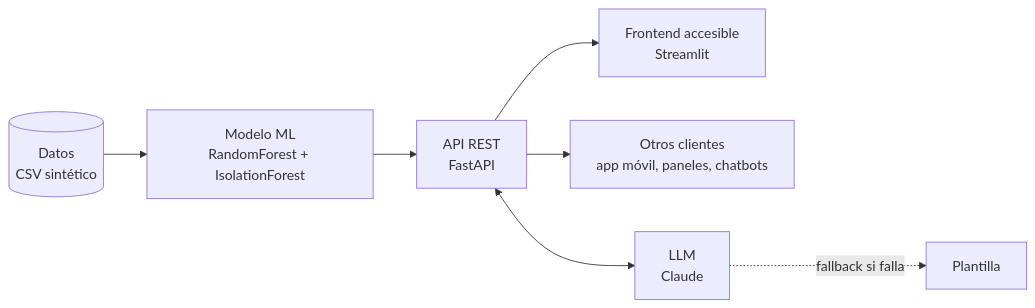
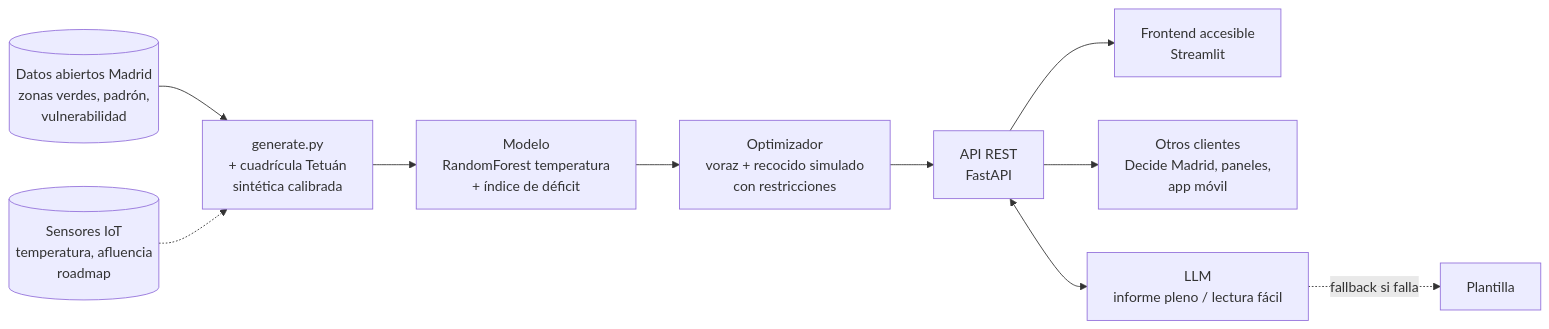
The diagram in README.md (villanuevadrian/parques-bolsillo-madrid), drawn with Mermaid before and after one commit. The commit also changed other lines of this file, not shown here.

Commit message:
README: diagrama, datos reales y métricas

````diff
--- a/README.md
+++ b/README.md
@@ -16,9 +17,12 @@
 ```mermaid
 flowchart LR
-    D[(Datos<br/>CSV sintético)] --> M[Modelo ML<br/>RandomForest + IsolationForest]
-    M --> A[API REST<br/>FastAPI]
+    R[(Datos abiertos Madrid<br/>zonas verdes, padrón,<br/>vulnerabilidad)] --> G[generate.py<br/>+ cuadrícula Tetuán<br/>sintética calibrada]
+    I[(Sensores IoT<br/>temperatura, afluencia<br/>roadmap)] -.-> G
+    G --> M[Modelo<br/>RandomForest temperatura<br/>+ índice de déficit]
+    M --> O[Optimizador<br/>voraz + recocido simulado<br/>con restricciones]
+    O --> A[API REST<br/>FastAPI]
     A --> F[Frontend accesible<br/>Streamlit]
-    A --> O[Otros clientes<br/>app móvil, paneles, chatbots]
-    A <--> L[LLM<br/>Claude]
+    A --> C[Otros clientes<br/>Decide Madrid, paneles,<br/>app móvil]
+    A <--> L[LLM<br/>informe pleno / lectura fácil]
     L -. fallback si falla .-> P[Plantilla]
 ```
````
